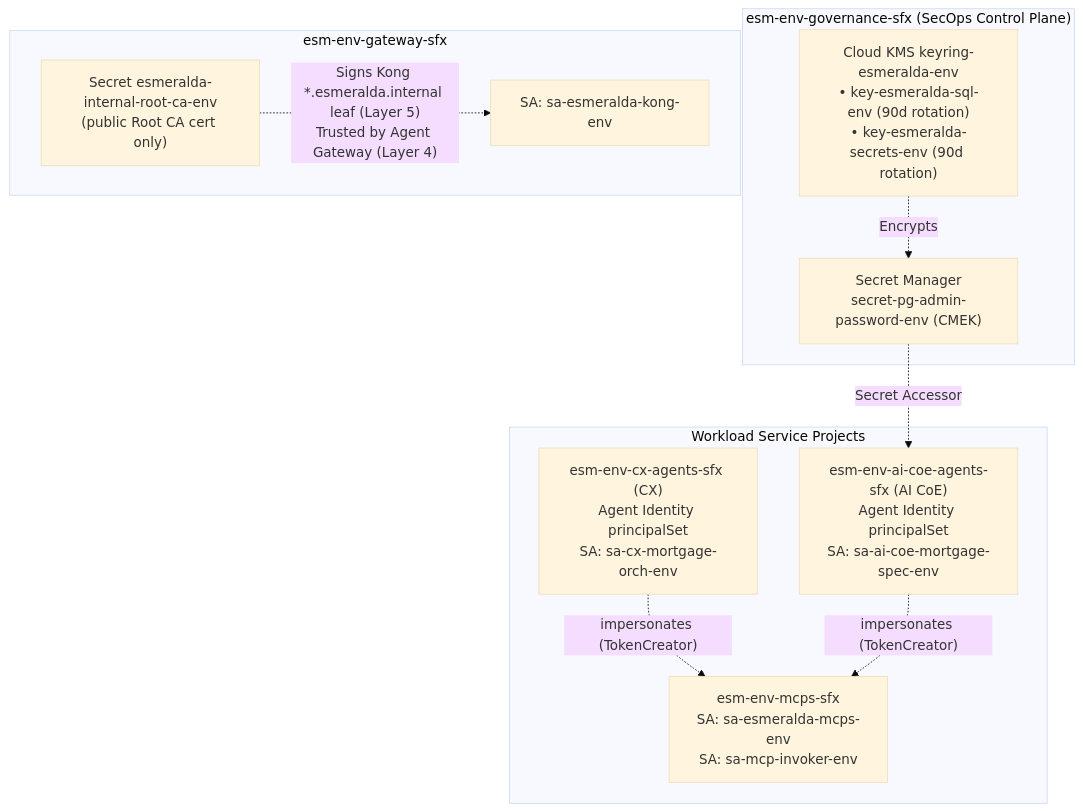
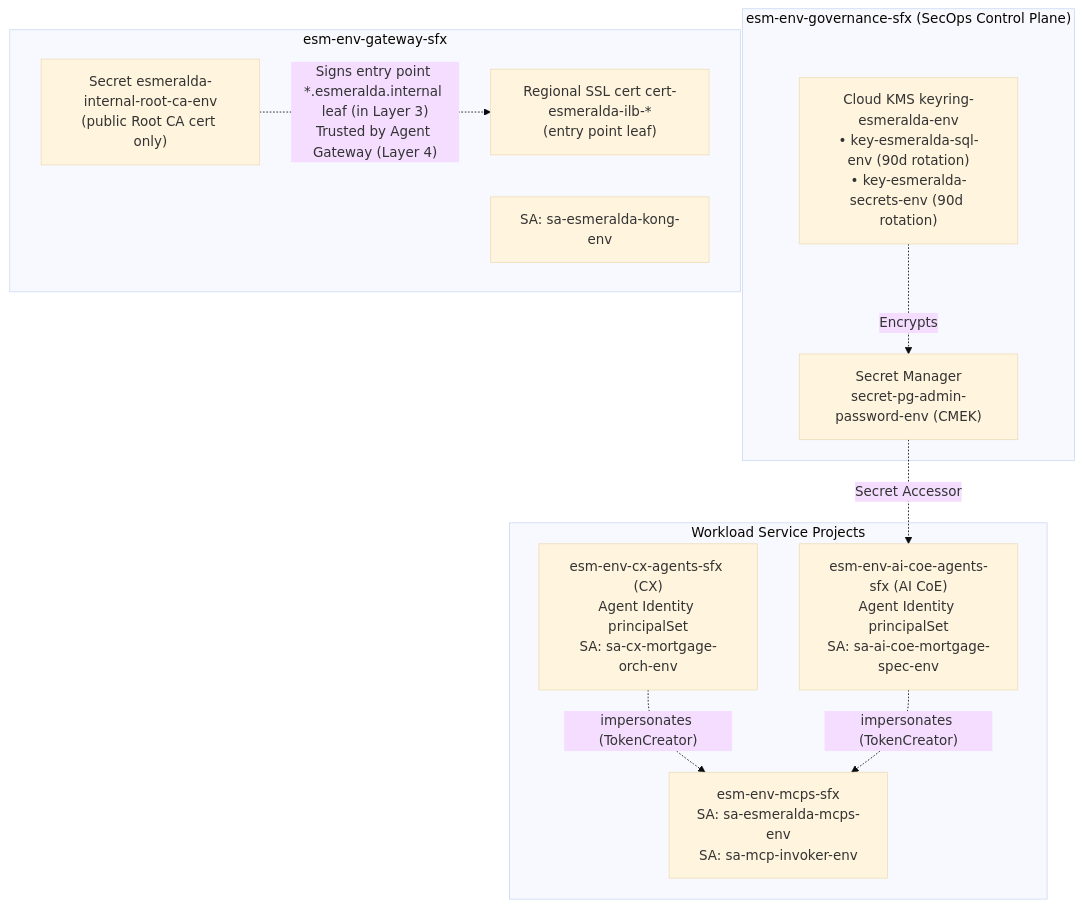
The diagram in docs/src/1-platform-foundations/03-security-iam-and-telemetry.md (google/esmeralda), drawn with Mermaid (base theme) before and after one commit. The commit also changed other lines of this file and 10 other files, not shown here.

First line of the commit message:
docs: describe the entry point, the gateway contract and host-by-host migration

````diff
--- a/docs/src/1-platform-foundations/03-security-iam-and-telemetry.md
+++ b/docs/src/1-platform-foundations/03-security-iam-and-telemetry.md
@@ -67,24 +67,25 @@
 ```mermaid
 flowchart TD
     subgraph Gov["esm-env-governance-sfx (SecOps Control Plane)"]
         KMS["Cloud KMS keyring-esmeralda-env<br/>• key-esmeralda-sql-env (90d rotation)<br/>• key-esmeralda-secrets-env (90d rotation)"]
         Secrets["Secret Manager<br/>secret-pg-admin-password-env (CMEK)"]
     end
 
     subgraph GW["esm-env-gateway-sfx"]
         CA["Secret esmeralda-internal-root-ca-env<br/>(public Root CA cert only)"]
         KongSA["SA: sa-esmeralda-kong-env"]
+        Leaf["Regional SSL cert cert-esmeralda-ilb-*<br/>(entry point leaf)"]
     end
 
     subgraph Workloads["Workload Service Projects"]
         P_MCPS["esm-env-mcps-sfx<br/>SA: sa-esmeralda-mcps-env<br/>SA: sa-mcp-invoker-env"]
         P_AICOE["esm-env-ai-coe-agents-sfx (AI CoE)<br/>Agent Identity principalSet<br/>SA: sa-ai-coe-mortgage-spec-env"]
         P_CX["esm-env-cx-agents-sfx (CX)<br/>Agent Identity principalSet<br/>SA: sa-cx-mortgage-orch-env"]
     end
 
     KMS -.->|Encrypts| Secrets
     Secrets -.->|Secret Accessor| P_AICOE
     P_CX -.->|"impersonates (TokenCreator)"| P_MCPS
     P_AICOE -.->|"impersonates (TokenCreator)"| P_MCPS
-    CA -.->|"Signs Kong *.esmeralda.internal leaf (Layer 5)<br/>Trusted by Agent Gateway (Layer 4)"| KongSA
+    CA -.->|"Signs entry point *.esmeralda.internal leaf (in Layer 3)<br/>Trusted by Agent Gateway (Layer 4)"| Leaf
 ```
````
